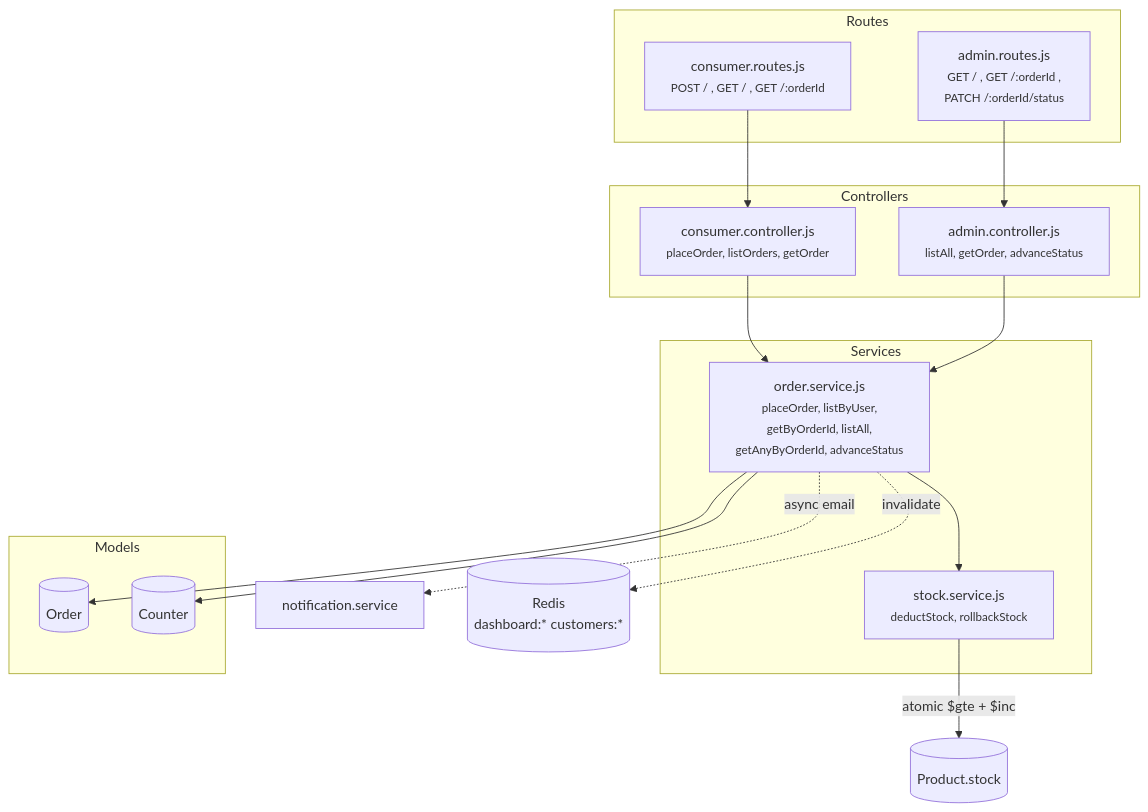
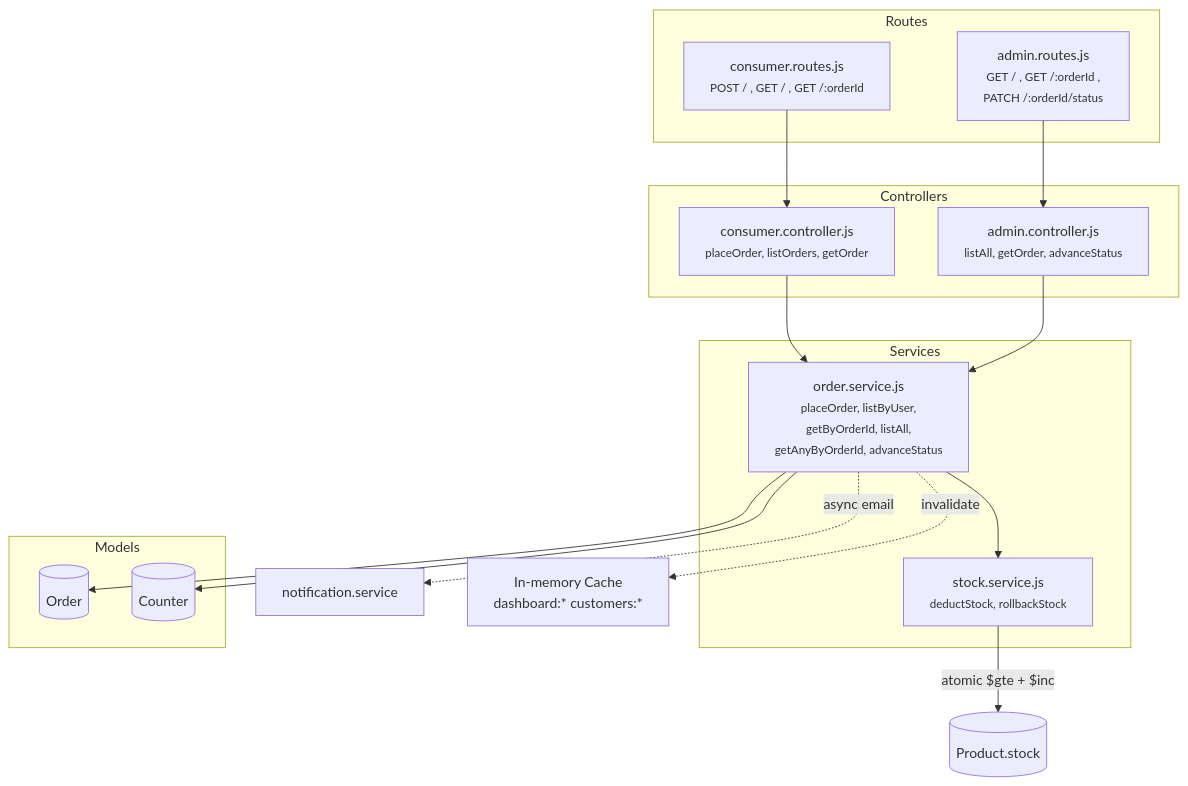
One commit to Akhilan11/oops-backend changed the diagram in src/order/README.md. Above: the diagram before and after it, drawn with Mermaid. The commit also changed 12 other files, not shown here.

````diff
--- a/src/order/README.md
+++ b/src/order/README.md
@@ -7,33 +7,33 @@
 ```mermaid
 graph TB
     subgraph "Routes"
         CR[consumer.routes.js<br/><small>POST / , GET / , GET /:orderId</small>]
         AR[admin.routes.js<br/><small>GET / , GET /:orderId ,<br/>PATCH /:orderId/status</small>]
     end
 
     subgraph "Controllers"
         CC[consumer.controller.js<br/><small>placeOrder, listOrders, getOrder</small>]
         AC[admin.controller.js<br/><small>listAll, getOrder, advanceStatus</small>]
     end
 
     subgraph "Services"
         OS[order.service.js<br/><small>placeOrder, listByUser,<br/>getByOrderId, listAll,<br/>getAnyByOrderId, advanceStatus</small>]
         SS[stock.service.js<br/><small>deductStock, rollbackStock</small>]
     end
 
     subgraph "Models"
         OM[(Order)]
         CM[(Counter)]
     end
 
     CR --> CC
     AR --> AC
     CC --> OS
     AC --> OS
     OS --> SS
     OS --> CM
     SS -->|atomic $gte + $inc| PM[(Product.stock)]
     OS --> OM
     OS -.->|async email| NOTIF[notification.service]
-    OS -.->|invalidate| REDIS[(Redis<br/>dashboard:* customers:*)]
+    OS -.->|invalidate| CACHE[In-memory Cache<br/>dashboard:* customers:*]
 ```
````
